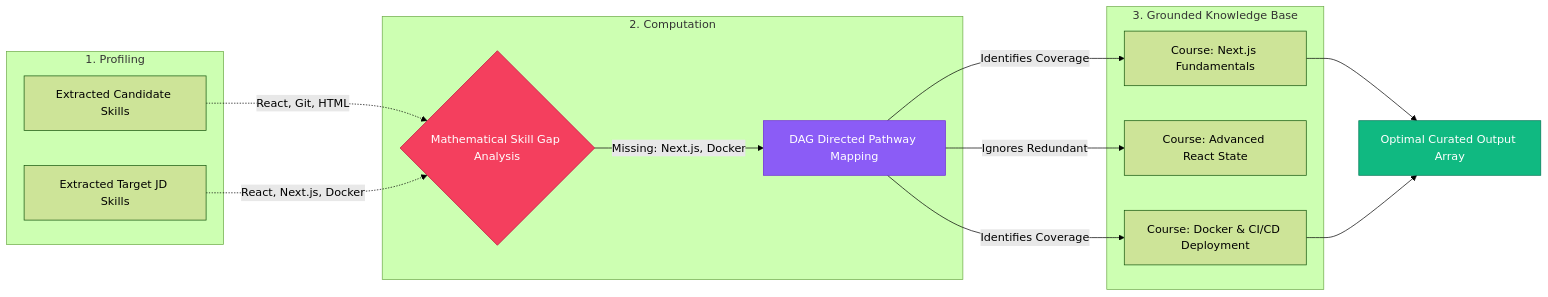
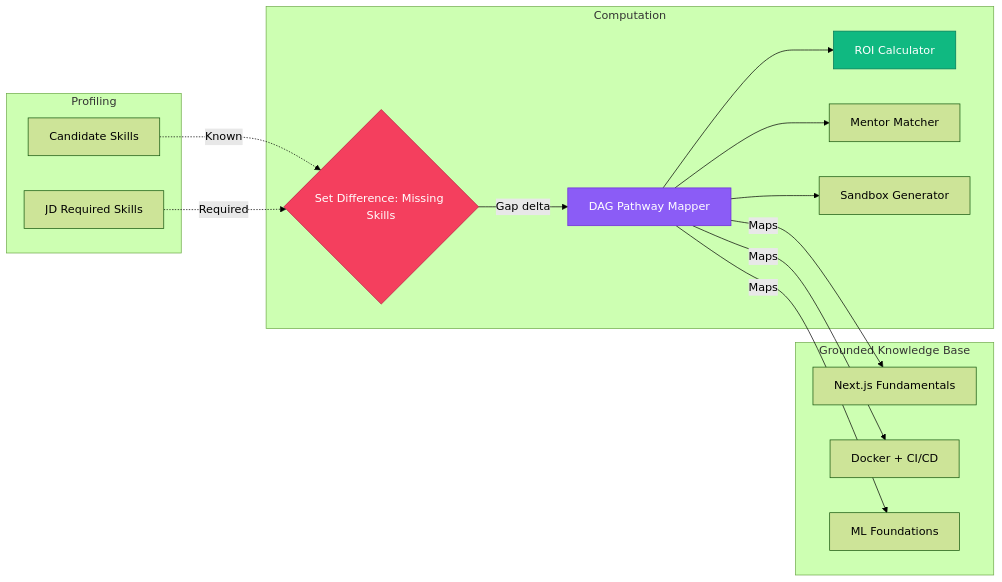
One commit to a-zax/ArtPark_team_monikabhati2005 changed the second of 3 diagrams in README.md. Above: the diagram before and after it, drawn with Mermaid (forest theme). The commit also changed other lines of this file, not shown here.

````diff
--- a/README.md
+++ b/README.md
@@ -68,33 +81,31 @@
 ```mermaid
 graph LR
-    subgraph 1. Profiling
-    CS[Extracted Candidate Skills]
-    RS[Extracted Target JD Skills]
+    subgraph Profiling
+    CS[Candidate Skills]
+    RS[JD Required Skills]
     end
-    
-    subgraph 2. Computation
-    GAP{Mathematical Skill Gap Analysis}
-    ALGO[DAG Directed Pathway Mapping]
+
+    subgraph Computation
+    GAP{Set Difference: Missing Skills}
+    ALGO[DAG Pathway Mapper]
+    ROI[ROI Calculator]
+    MENTOR[Mentor Matcher]
+    SANDBOX[Sandbox Generator]
     end
-    
-    CS -.-> |React, Git, HTML| GAP
-    RS -.-> |React, Next.js, Docker| GAP
-    GAP -->|Missing: Next.js, Docker| ALGO
-    
-    subgraph 3. Grounded Knowledge Base
-    C1[Course: Next.js Fundamentals]
-    C2[Course: Advanced React State]
-    C3[Course: Docker & CI/CD Deployment]
+
+    subgraph Grounded Knowledge Base
+    C1[Next.js Fundamentals]
+    C2[Docker + CI/CD]
+    C3[ML Foundations]
     end
-    
-    ALGO -->|Identifies Coverage| C1
-    ALGO -->|Ignores Redundant| C2
-    ALGO -->|Identifies Coverage| C3
-    
-    C1 --> PATH[Optimal Curated Output Array]
-    C3 --> PATH
-    
+
+    CS -.->|Known| GAP
+    RS -.->|Required| GAP
+    GAP -->|Gap delta| ALGO
+    ALGO -->|Maps| C1 & C2 & C3
+    ALGO --> ROI & MENTOR & SANDBOX
+
     style GAP fill:#f43f5e,stroke:#be123c,color:#fff
     style ALGO fill:#8b5cf6,stroke:#6d28d9,color:#fff
-    style PATH fill:#10b981,stroke:#047857,color:#fff
+    style ROI fill:#10b981,stroke:#047857,color:#fff
 ```
````
